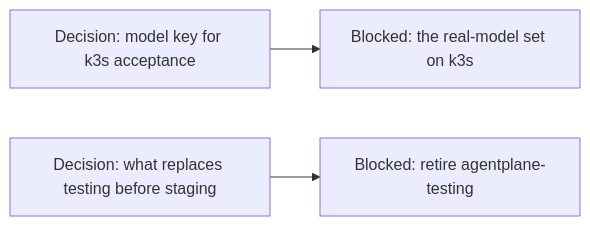
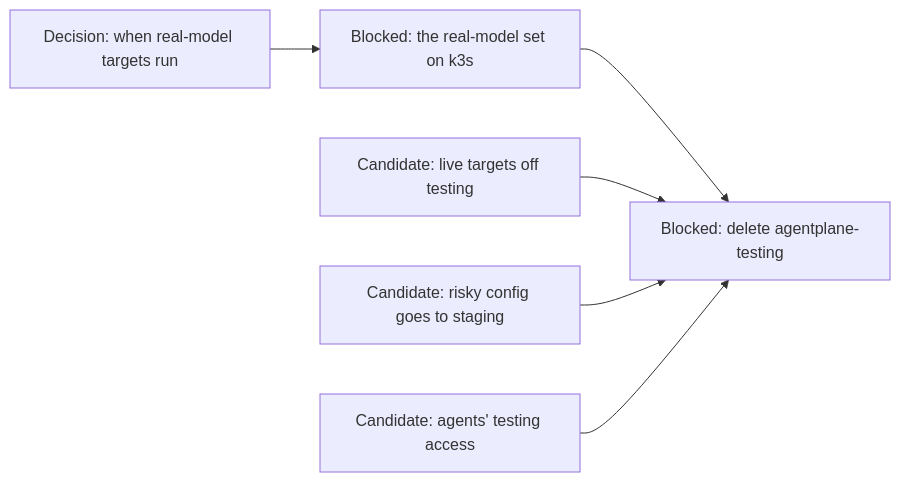
Before and after one commit to agentydragon-agent/ducktape: diagram 18 of 19 in agentplane/plans/task_dag.md, drawn with Mermaid. The commit also changed other lines of this file and 3 other files, not shown here.

First line of the commit message:
agentplane: plan retiring agentplane-testing

````diff
--- a/agentplane/plans/task_dag.md
+++ b/agentplane/plans/task_dag.md
@@ -1940,9 +1943,14 @@
 ```mermaid
 flowchart LR
-    K3S_MODEL_CREDENTIALS[Decision: model key for k3s acceptance]
+    K3S_MODEL_CREDENTIALS[Decision: when real-model targets run]
     K3S_MODEL_SCENARIOS[Blocked: the real-model set on k3s]
-    TESTING_ROLLOUT_ROLE[Decision: what replaces testing before staging]
-    TESTING_ENVIRONMENT_RETIRE[Blocked: retire agentplane-testing]
+    LIVE_TARGETS_OFF_TESTING[Candidate: live targets off testing]
+    STAGING_FIRST_ROLLOUT[Candidate: risky config goes to staging]
+    AGENT_TESTING_ACCESS_RETIRE[Candidate: agents' testing access]
+    TESTING_ENVIRONMENT_RETIRE[Blocked: delete agentplane-testing]
     K3S_MODEL_CREDENTIALS --> K3S_MODEL_SCENARIOS
-    TESTING_ROLLOUT_ROLE --> TESTING_ENVIRONMENT_RETIRE
+    K3S_MODEL_SCENARIOS --> TESTING_ENVIRONMENT_RETIRE
+    LIVE_TARGETS_OFF_TESTING --> TESTING_ENVIRONMENT_RETIRE
+    STAGING_FIRST_ROLLOUT --> TESTING_ENVIRONMENT_RETIRE
+    AGENT_TESTING_ACCESS_RETIRE --> TESTING_ENVIRONMENT_RETIRE
 ```
````
